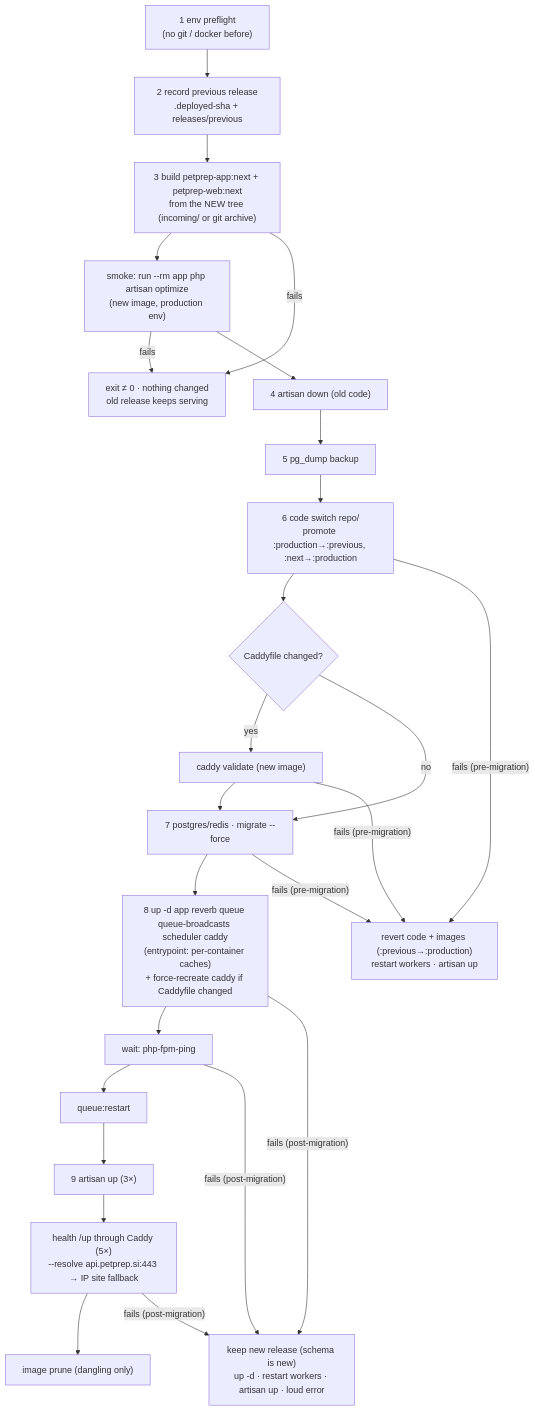
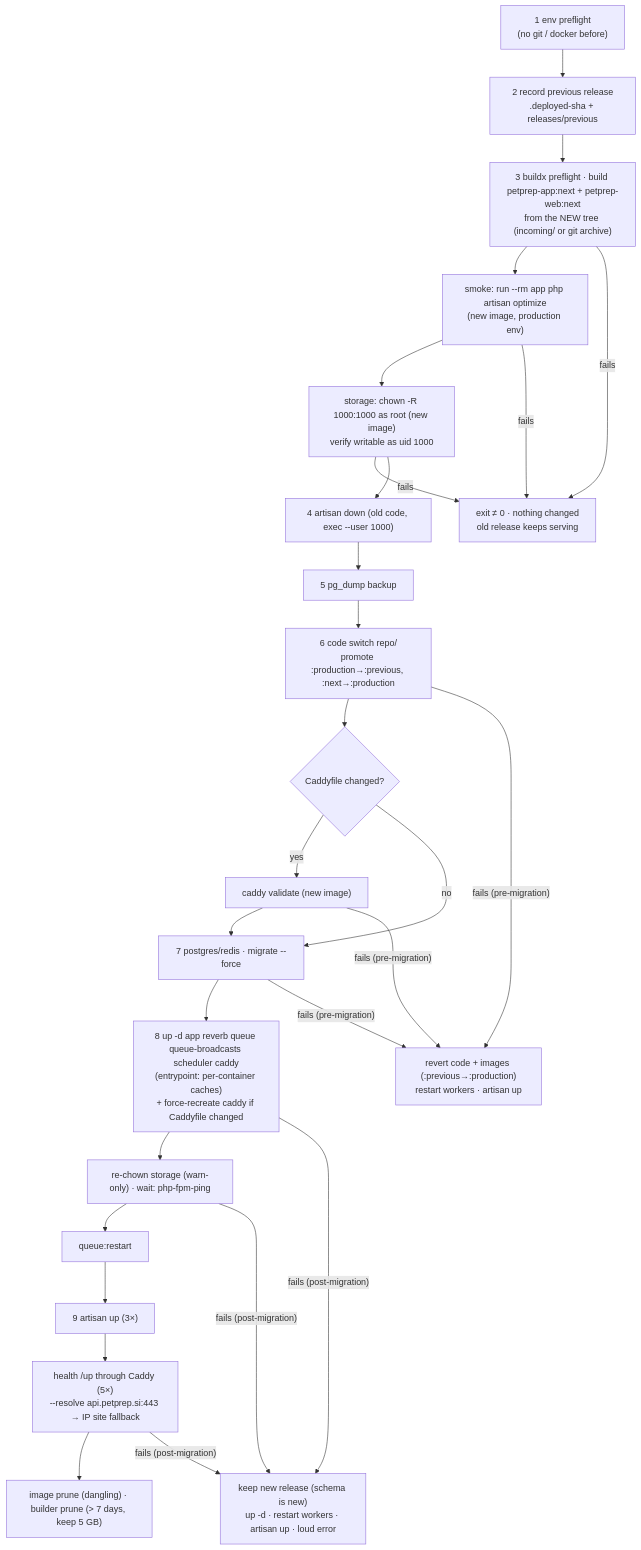
One commit to DataVallis/pet-prep changed diagram 15 of 22 in docs/engineering/DIAGRAMS.md. Above: the diagram before and after it, drawn with Mermaid. The commit also changed 11 other files, not shown here.

First line of the commit message:
fix(deploy): storage ownership for the non-root runtime, buildx preflight, review nits [M4-05b]

````diff
--- a/docs/engineering/DIAGRAMS.md
+++ b/docs/engineering/DIAGRAMS.md
@@ -568,18 +568,20 @@
 ```mermaid
 flowchart TD
   A["1 env preflight<br/>(no git / docker before)"] --> B["2 record previous release<br/>.deployed-sha + releases/previous"]
-  B --> C["3 build petprep-app:next + petprep-web:next<br/>from the NEW tree (incoming/ or git archive)"]
+  B --> C["3 buildx preflight · build petprep-app:next + petprep-web:next<br/>from the NEW tree (incoming/ or git archive)"]
   C --> D["smoke: run --rm app php artisan optimize<br/>(new image, production env)"]
+  D --> ST["storage: chown -R 1000:1000 as root (new image)<br/>verify writable as uid 1000"]
   C -- fails --> X0["exit ≠ 0 · nothing changed<br/>old release keeps serving"]
   D -- fails --> X0
-  D --> E["4 artisan down (old code)"] --> F["5 pg_dump backup"] --> G["6 code switch repo/<br/>promote :production→:previous, :next→:production"]
+  ST -- fails --> X0
+  ST --> E["4 artisan down (old code, exec --user 1000)"] --> F["5 pg_dump backup"] --> G["6 code switch repo/<br/>promote :production→:previous, :next→:production"]
   G --> H{"Caddyfile changed?"}
   H -- yes --> HV["caddy validate (new image)"]
   H -- no --> I
   HV --> I["7 postgres/redis · migrate --force"]
   I --> J["8 up -d app reverb queue queue-broadcasts scheduler caddy<br/>(entrypoint: per-container caches)<br/>+ force-recreate caddy if Caddyfile changed"]
-  J --> K["wait: php-fpm-ping"] --> L["queue:restart"] --> M2["9 artisan up (3×)"] --> N["health /up through Caddy (5×)<br/>--resolve api.petprep.si:443 → IP site fallback"]
-  N --> O["image prune (dangling only)"]
+  J --> K["re-chown storage (warn-only) · wait: php-fpm-ping"] --> L["queue:restart"] --> M2["9 artisan up (3×)"] --> N["health /up through Caddy (5×)<br/>--resolve api.petprep.si:443 → IP site fallback"]
+  N --> O["image prune (dangling) · builder prune (> 7 days, keep 5 GB)"]
   G & HV & I -- "fails (pre-migration)" --> R1["revert code + images (:previous→:production)<br/>restart workers · artisan up"]
   J & K & N -- "fails (post-migration)" --> R2["keep new release (schema is new)<br/>up -d · restart workers · artisan up · loud error"]
 ```
````
